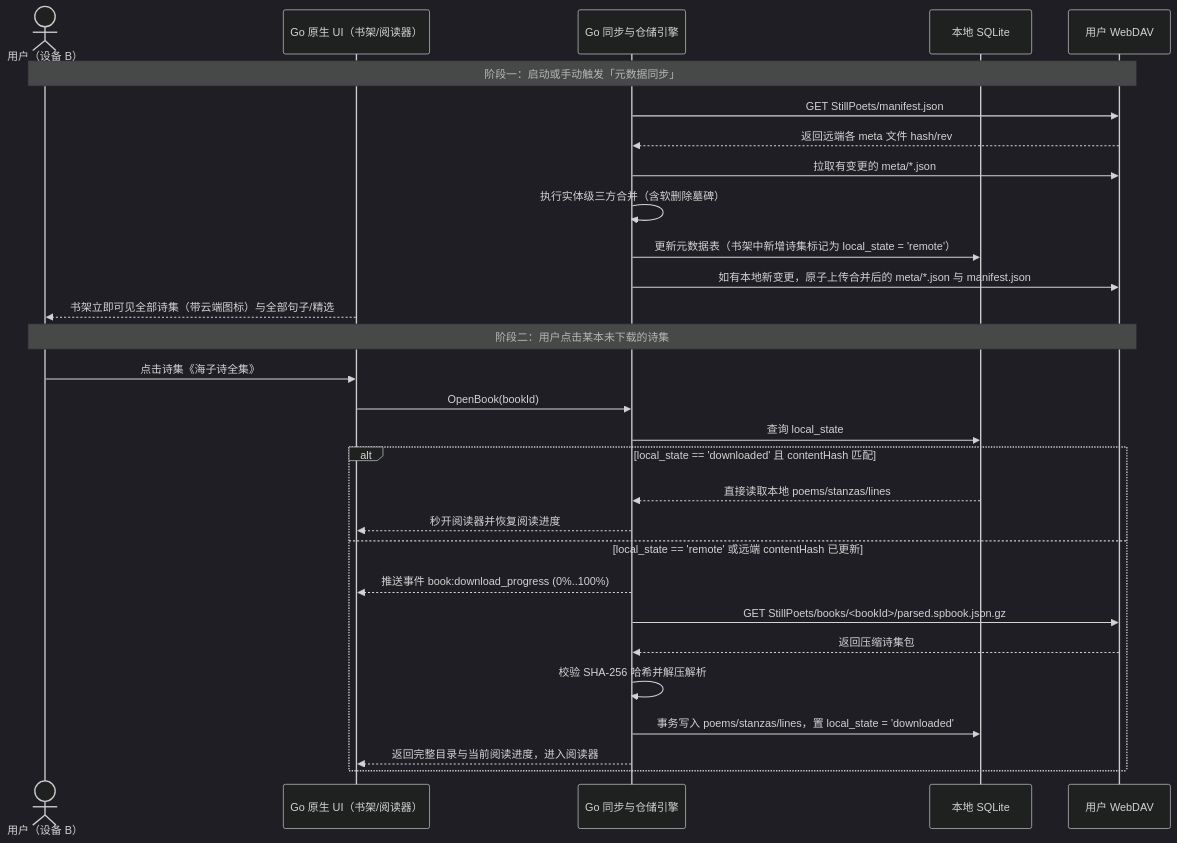
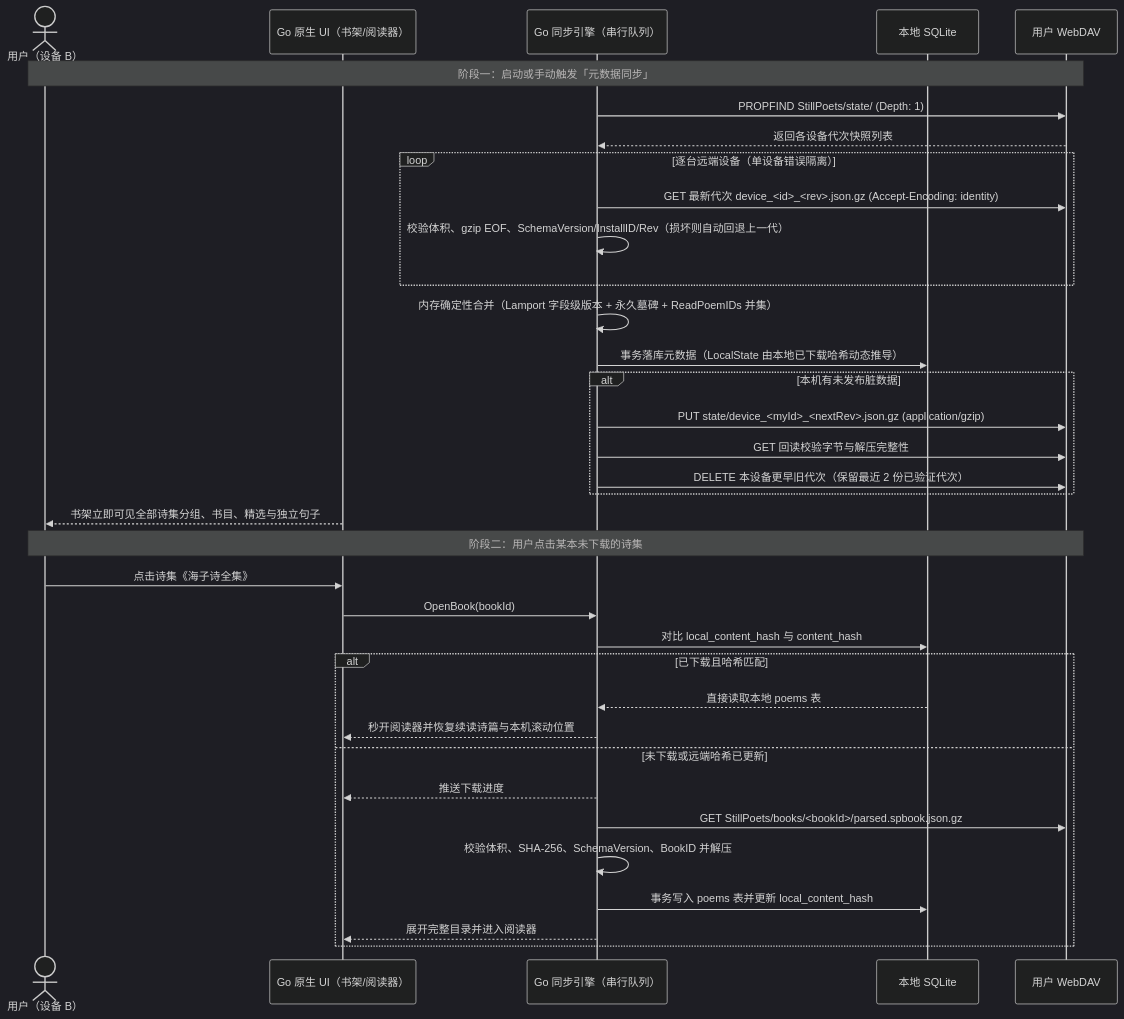
One commit to sounfury/StillPoets changed the second of 3 diagrams in docs/architecture.md. Above: the diagram before and after it, drawn with Mermaid (dark theme). The commit also changed other lines of this file and 46 other files, not shown here.

Commit message:
feat: 完成 StillPoets Phase 1 核心引擎、WebDAV 同步与 V3 原生 UI

````diff
--- a/docs/architecture.md
+++ b/docs/architecture.md
@@ -164,33 +171,39 @@
 ```mermaid
 sequenceDiagram
     actor User as 用户（设备 B）
     participant UI as Go 原生 UI（书架/阅读器）
-    participant Core as Go 同步与仓储引擎
+    participant Core as Go 同步引擎（串行队列）
     participant DB as 本地 SQLite
     participant DAV as 用户 WebDAV
 
     Note over User,DAV: 阶段一：启动或手动触发「元数据同步」
-    Core->>DAV: GET StillPoets/manifest.json
-    DAV-->>Core: 返回远端各 meta 文件 hash/rev
-    Core->>DAV: 拉取有变更的 meta/*.json
-    Core->>Core: 执行实体级三方合并（含软删除墓碑）
-    Core->>DB: 更新元数据表（书架中新增诗集标记为 local_state = 'remote'）
-    Core->>DAV: 如有本地新变更，原子上传合并后的 meta/*.json 与 manifest.json
-    UI-->>User: 书架立即可见全部诗集（带云端图标）与全部句子/精选
+    Core->>DAV: PROPFIND StillPoets/state/ (Depth: 1)
+    DAV-->>Core: 返回各设备代次快照列表
+    loop 逐台远端设备（单设备错误隔离）
+        Core->>DAV: GET 最新代次 device_<id>_<rev>.json.gz (Accept-Encoding: identity)
+        Core->>Core: 校验体积、gzip EOF、SchemaVersion/InstallID/Rev（损坏则自动回退上一代）
+    end
+    Core->>Core: 内存确定性合并（Lamport 字段级版本 + 永久墓碑 + ReadPoemIDs 并集）
+    Core->>DB: 事务落库元数据（LocalState 由本地已下载哈希动态推导）
+    alt 本机有未发布脏数据
+        Core->>DAV: PUT state/device_<myId>_<nextRev>.json.gz (application/gzip)
+        Core->>DAV: GET 回读校验字节与解压完整性
+        Core->>DAV: DELETE 本设备更早旧代次（保留最近 2 份已验证代次）
+    end
+    UI-->>User: 书架立即可见全部诗集分组、书目、精选与独立句子
 
     Note over User,DAV: 阶段二：用户点击某本未下载的诗集
     User->>UI: 点击诗集《海子诗全集》
     UI->>Core: OpenBook(bookId)
-    Core->>DB: 查询 local_state
-    alt local_state == 'downloaded' 且 contentHash 匹配
-        DB-->>Core: 直接读取本地 poems/stanzas/lines
-        Core-->>UI: 秒开阅读器并恢复阅读进度
-    else local_state == 'remote' 或远端 contentHash 已更新
-        Core-->>UI: 推送事件 book:download_progress (0%..100%)
+    Core->>DB: 对比 local_content_hash 与 content_hash
+    alt 已下载且哈希匹配
+        DB-->>Core: 直接读取本地 poems 表
+        Core-->>UI: 秒开阅读器并恢复续读诗篇与本机滚动位置
+    else 未下载或远端哈希已更新
+        Core-->>UI: 推送下载进度
         Core->>DAV: GET StillPoets/books/<bookId>/parsed.spbook.json.gz
-        DAV-->>Core: 返回压缩诗集包
-        Core->>Core: 校验 SHA-256 哈希并解压解析
-        Core->>DB: 事务写入 poems/stanzas/lines，置 local_state = 'downloaded'
-        Core-->>UI: 返回完整目录与当前阅读进度，进入阅读器
+        Core->>Core: 校验体积、SHA-256、SchemaVersion、BookID 并解压
+        Core->>DB: 事务写入 poems 表并更新 local_content_hash
+        Core-->>UI: 展开完整目录并进入阅读器
     end
 ```
````
